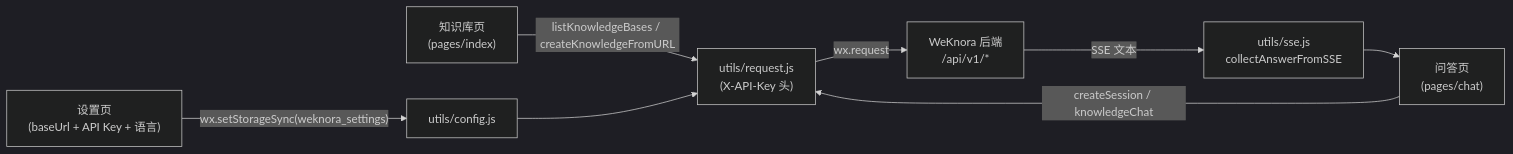
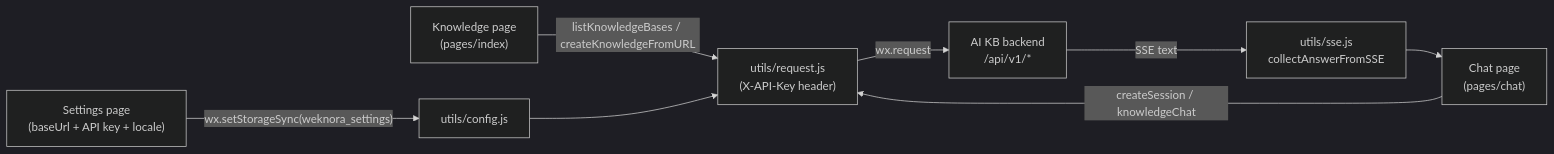
The diagram in website-docs/05-clients/04-miniprogram.md (jrmatherly/ai-kb), drawn with Mermaid (dark theme) before and after one commit. The commit also changed other lines of this file and 9 other files, not shown here.

````diff
--- a/website-docs/05-clients/04-miniprogram.md
+++ b/website-docs/05-clients/04-miniprogram.md
@@ -105,10 +109,10 @@
 ```mermaid
 flowchart LR
-    S["设置页<br/>(baseUrl + API Key + 语言)"] -->|"wx.setStorageSync(weknora_settings)"| C["utils/config.js"]
-    K["知识库页<br/>(pages/index)"] -->|"listKnowledgeBases / createKnowledgeFromURL"| R["utils/request.js<br/>(X-API-Key 头)"]
-    Q["问答页<br/>(pages/chat)"] -->|"createSession / knowledgeChat"| R
-    R -->|"wx.request"| B["WeKnora 后端<br/>/api/v1/*"]
-    B -->|"SSE 文本"| P["utils/sse.js<br/>collectAnswerFromSSE"]
+    S["Settings page<br/>(baseUrl + API key + locale)"] -->|"wx.setStorageSync(weknora_settings)"| C["utils/config.js"]
+    K["Knowledge page<br/>(pages/index)"] -->|"listKnowledgeBases / createKnowledgeFromURL"| R["utils/request.js<br/>(X-API-Key header)"]
+    Q["Chat page<br/>(pages/chat)"] -->|"createSession / knowledgeChat"| R
+    R -->|"wx.request"| B["AI KB backend<br/>/api/v1/*"]
+    B -->|"SSE text"| P["utils/sse.js<br/>collectAnswerFromSSE"]
     P --> Q
     C --> R
 ```
````
